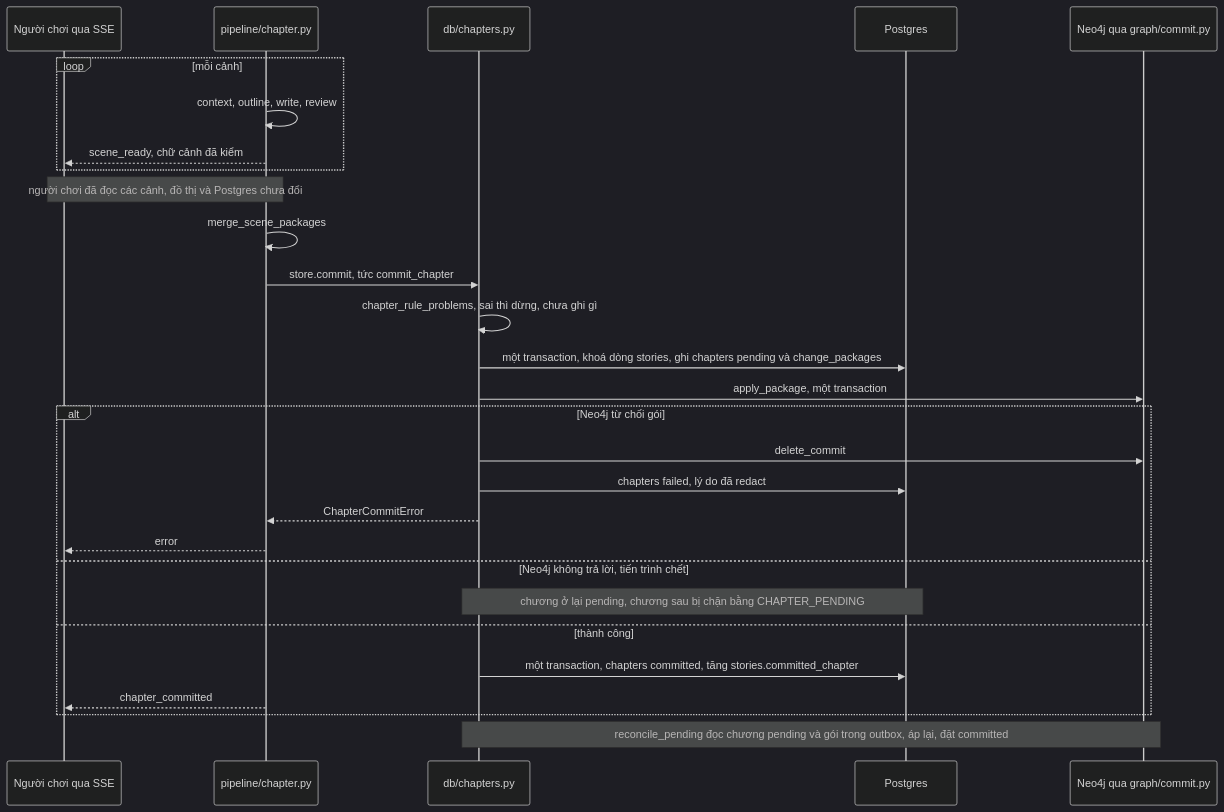
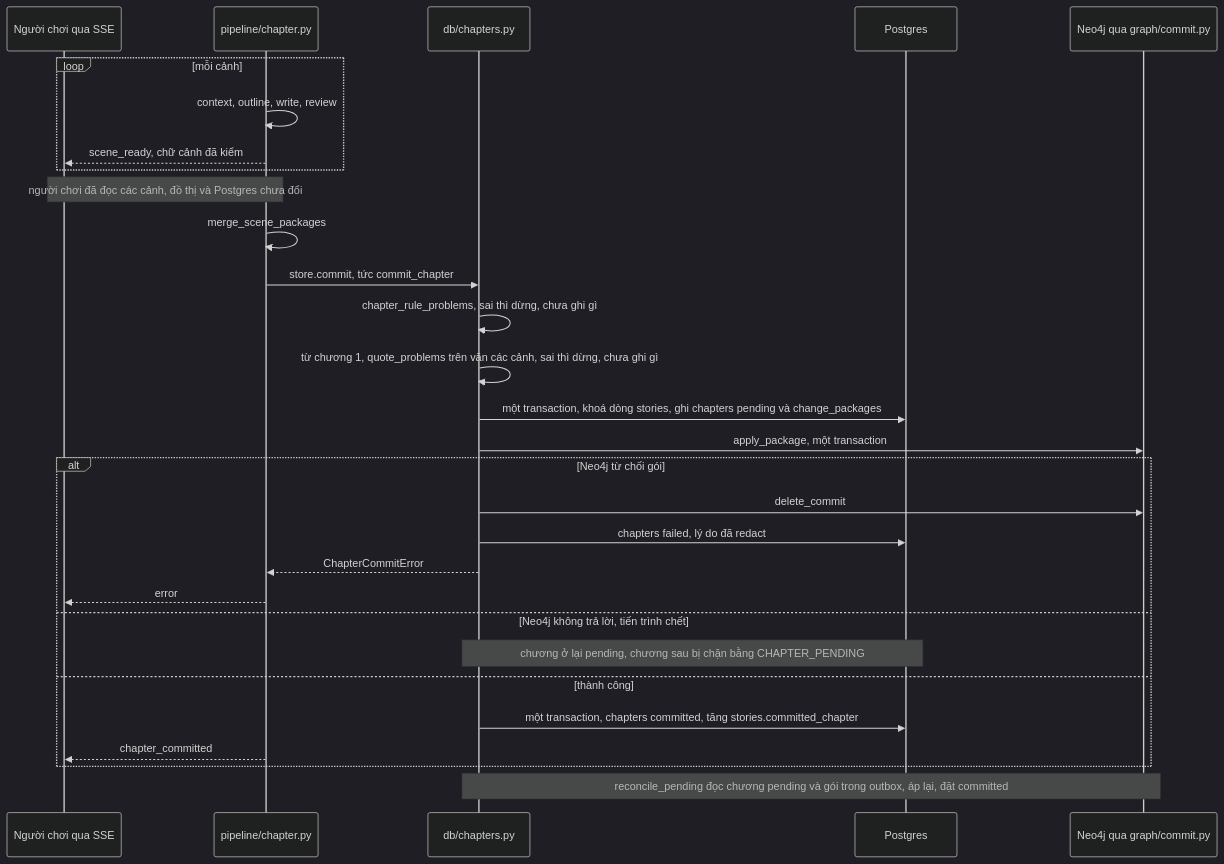
The sixth of 11 diagrams in docs/architecture.md (orms147/writory), drawn with Mermaid (dark theme) before and after one commit. The commit also changed other lines of this file and 19 other files, not shown here.

````diff
--- a/docs/architecture.md
+++ b/docs/architecture.md
@@ -202,30 +202,31 @@
 ```mermaid
 sequenceDiagram
   participant U as Người chơi qua SSE
   participant P as pipeline/chapter.py
   participant D as db/chapters.py
   participant PG as Postgres
   participant N as Neo4j qua graph/commit.py
   loop mỗi cảnh
     P->>P: context, outline, write, review
     P-->>U: scene_ready, chữ cảnh đã kiểm
   end
   Note over U,P: người chơi đã đọc các cảnh, đồ thị và Postgres chưa đổi
   P->>P: merge_scene_packages
   P->>D: store.commit, tức commit_chapter
   D->>D: chapter_rule_problems, sai thì dừng, chưa ghi gì
+  D->>D: từ chương 1, quote_problems trên văn các cảnh, sai thì dừng, chưa ghi gì
   D->>PG: một transaction, khoá dòng stories, ghi chapters pending và change_packages
   D->>N: apply_package, một transaction
   alt Neo4j từ chối gói
     D->>N: delete_commit
     D->>PG: chapters failed, lý do đã redact
     D-->>P: ChapterCommitError
     P-->>U: error
   else Neo4j không trả lời, tiến trình chết
     Note over D,PG: chương ở lại pending, chương sau bị chặn bằng CHAPTER_PENDING
   else thành công
     D->>PG: một transaction, chapters committed, tăng stories.committed_chapter
     P-->>U: chapter_committed
   end
   Note over D,N: reconcile_pending đọc chương pending và gói trong outbox, áp lại, đặt committed
 ```
````
